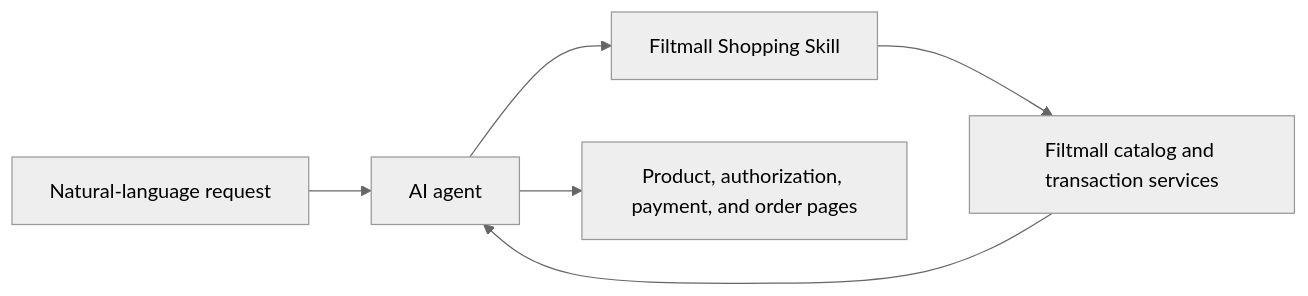
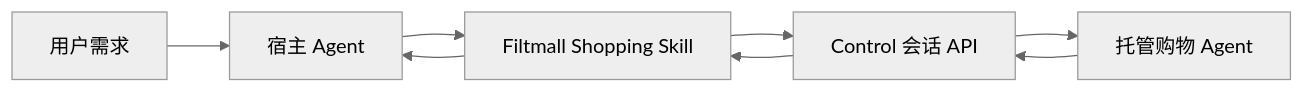
One commit to zqf20096327/ai_collect changed the diagram in data/readmes/filtalgo__Filtmall-Shopping-Skill.md. Above: the diagram before and after it, drawn with Mermaid (neutral theme). The commit also changed other lines of this file and 1885 other files, not shown here.

````diff
--- a/data/readmes/filtalgo__Filtmall-Shopping-Skill.md
+++ b/data/readmes/filtalgo__Filtmall-Shopping-Skill.md
@@ -68,8 +40,10 @@
 ```mermaid
 flowchart LR
-    U["Natural-language request"] --> A["AI agent"]
+    U["用户需求"] --> A["宿主 Agent"]
     A --> S["Filtmall Shopping Skill"]
-    S --> F["Filtmall catalog and transaction services"]
-    F --> A
-    A --> H["Product, authorization, payment, and order pages"]
+    S --> C["Control 会话 API"]
+    C --> R["托管购物 Agent"]
+    R --> C
+    C --> S
+    S --> A
 ```
````
